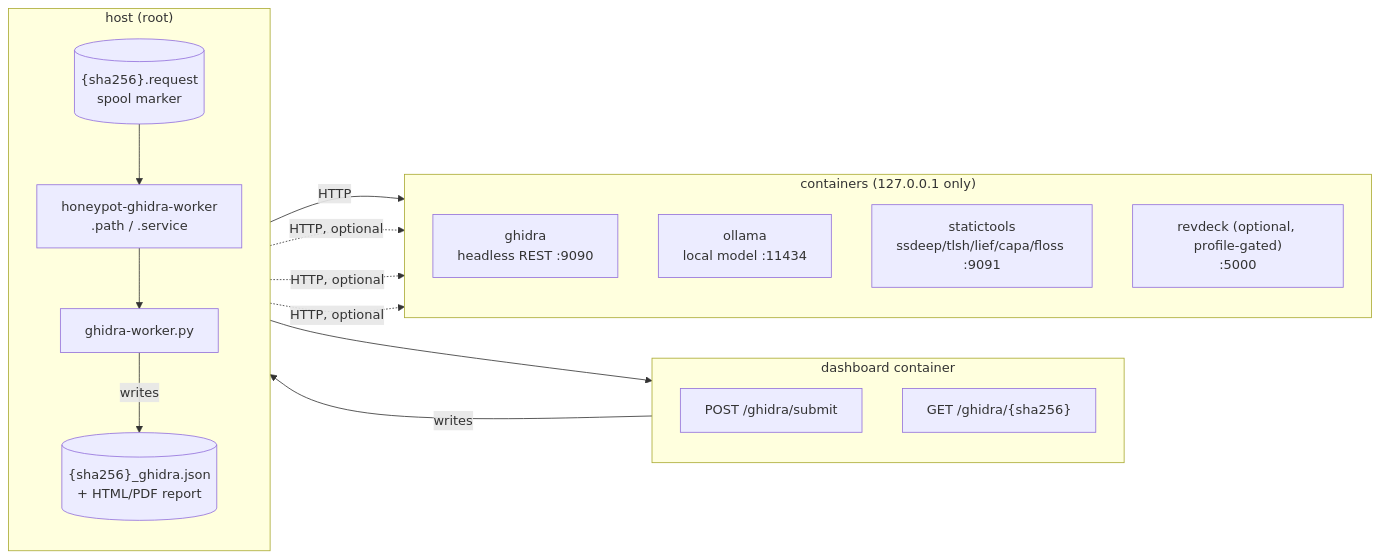
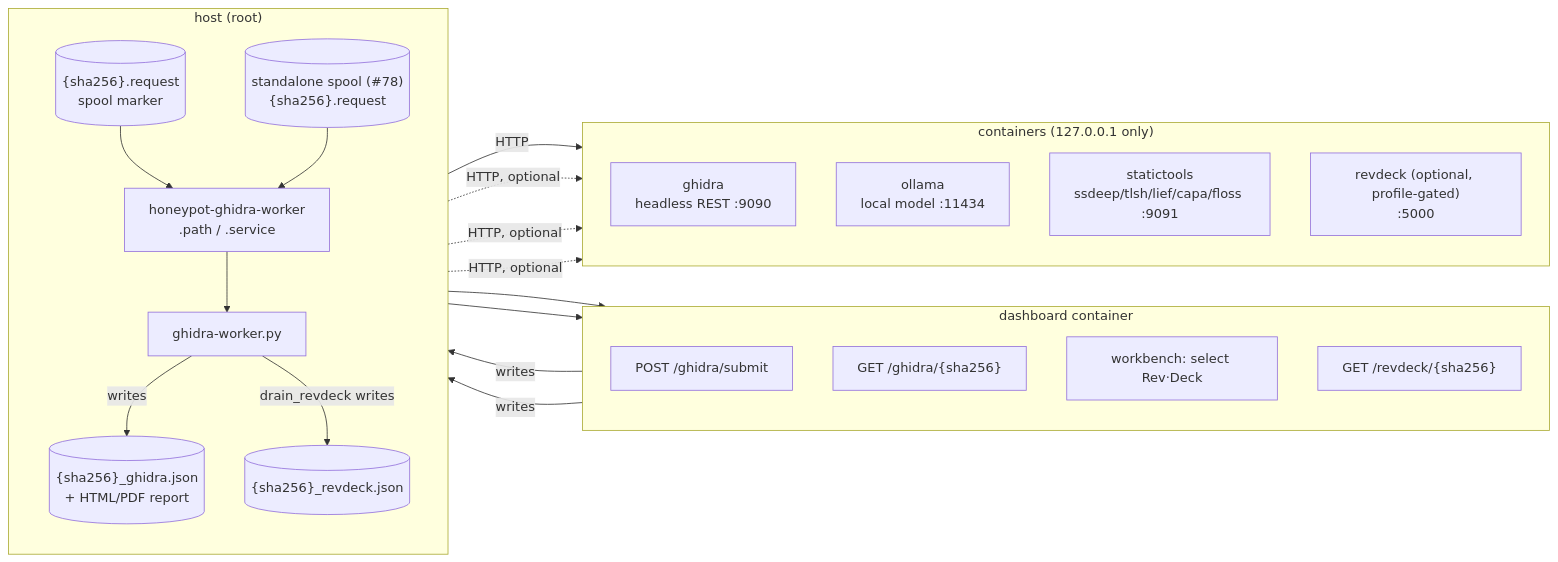
Before and after one commit to Xore/APIARY: the first of 2 diagrams in analysis/ghidra/README.md, drawn with Mermaid. The commit also changed other lines of this file and 17 other files, not shown here.

````diff
--- a/analysis/ghidra/README.md
+++ b/analysis/ghidra/README.md
@@ -30,34 +30,43 @@
 ```mermaid
 flowchart LR
   subgraph dashboardBox["dashboard container"]
     direction TB
     submit["POST /ghidra/submit"]
     poll["GET /ghidra/{sha256}"]
+    revdeckSubmit["workbench: select Rev·Deck"]
+    revdeckPoll["GET /revdeck/{sha256}"]
   end
 
   subgraph hostBox["host (root)"]
     direction TB
     spool[("{sha256}.request<br/>spool marker")]
     pathunit["honeypot-ghidra-worker<br/>.path / .service"]
     worker["ghidra-worker.py"]
     result[("{sha256}_ghidra.json<br/>+ HTML/PDF report")]
+    revdeckSpool[("standalone spool (#78)<br/>{sha256}.request")]
+    revdeckResult[("{sha256}_revdeck.json")]
   end
 
   subgraph containers["containers (127.0.0.1 only)"]
     direction TB
     ghidra["ghidra<br/>headless REST :9090"]
     ollama["ollama<br/>local model :11434"]
     statictools["statictools<br/>ssdeep/tlsh/lief/capa/floss :9091"]
     revdeck["revdeck (optional, profile-gated)<br/>:5000"]
   end
 
   submit -->|writes| spool
   spool --> pathunit --> worker
   worker -->|writes| result
   result --> poll
 
+  revdeckSubmit -->|writes| revdeckSpool
+  revdeckSpool --> pathunit
+  worker -->|drain_revdeck writes| revdeckResult
+  revdeckResult --> revdeckPoll
+
   worker -->|HTTP| ghidra
   worker -.->|HTTP, optional| ollama
   worker -.->|HTTP, optional| statictools
   worker -.->|HTTP, optional| revdeck
 ```
````
